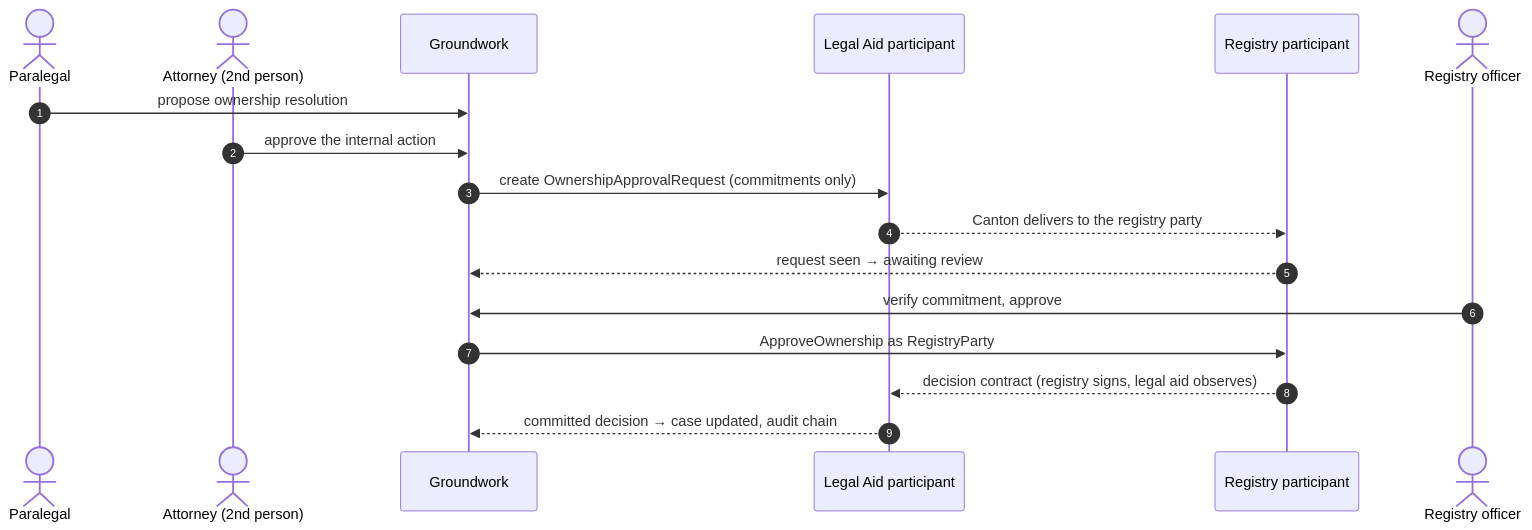
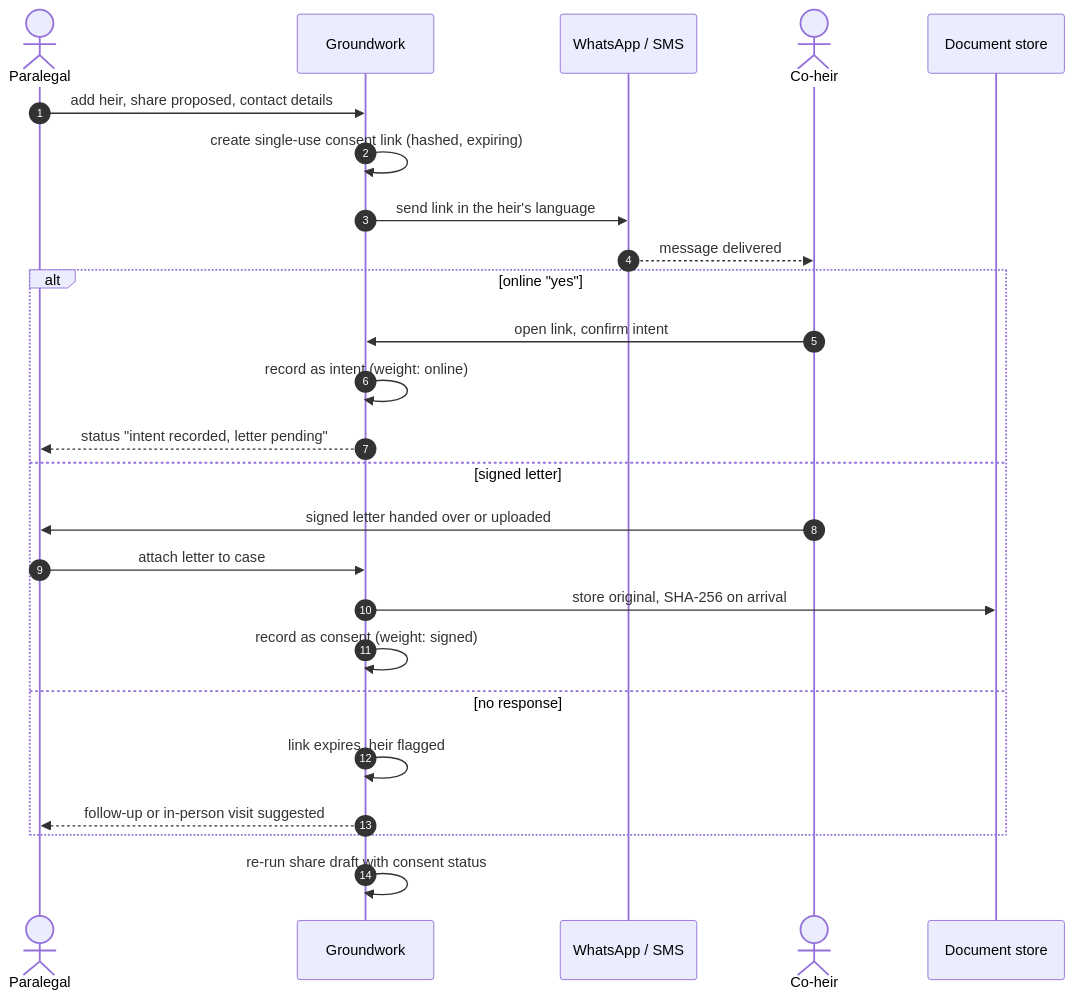
Before and after one commit to Ground-work-gcp/Groundwork: the fourth of 6 diagrams in README.md, drawn with Mermaid. The commit also changed other lines of this file, not shown here.

First line of the commit message:
Rewrite README: remove Canton from scope, add novelty markers and updated Mermaid diagrams

````diff
--- a/README.md
+++ b/README.md
@@ -89,19 +168,28 @@
 ```mermaid
 sequenceDiagram
     autonumber
     actor P as Paralegal
-    actor A as Attorney (2nd person)
     participant G as Groundwork
-    participant LA as Legal Aid participant
-    participant RG as Registry participant
-    actor R as Registry officer
-    P->>G: propose ownership resolution
-    A->>G: approve the internal action
-    G->>LA: create OwnershipApprovalRequest (commitments only)
-    LA-->>RG: Canton delivers to the registry party
-    RG-->>G: request seen → awaiting review
-    R->>G: verify commitment, approve
-    G->>RG: ApproveOwnership as RegistryParty
-    RG-->>LA: decision contract (registry signs, legal aid observes)
-    LA-->>G: committed decision → case updated, audit chain
+    participant M as WhatsApp / SMS
+    actor H as Co-heir
+    participant D as Document store
+
+    P->>G: add heir, share proposed, contact details
+    G->>G: create single-use consent link (hashed, expiring)
+    G->>M: send link in the heir's language
+    M-->>H: message delivered
+    alt online "yes"
+        H->>G: open link, confirm intent
+        G->>G: record as intent (weight: online)
+        G-->>P: status "intent recorded, letter pending"
+    else signed letter
+        H->>P: signed letter handed over or uploaded
+        P->>G: attach letter to case
+        G->>D: store original, SHA-256 on arrival
+        G->>G: record as consent (weight: signed)
+    else no response
+        G->>G: link expires, heir flagged
+        G-->>P: follow-up or in-person visit suggested
+    end
+    G->>G: re-run share draft with consent status
 ```
````
